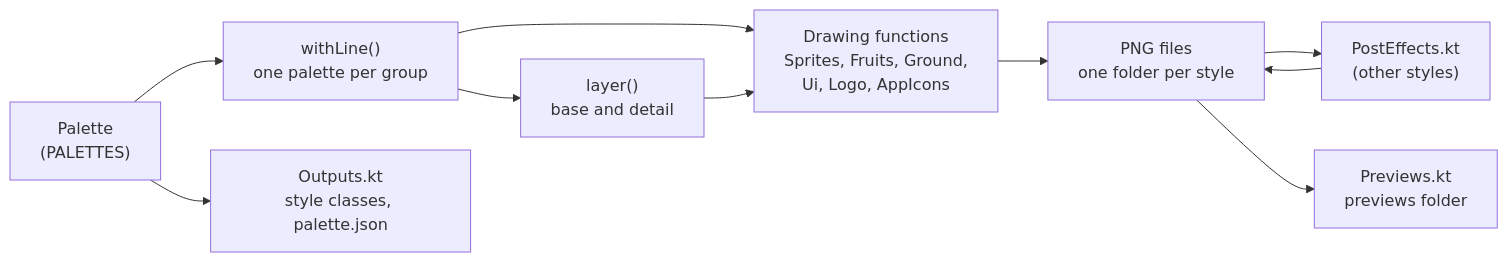
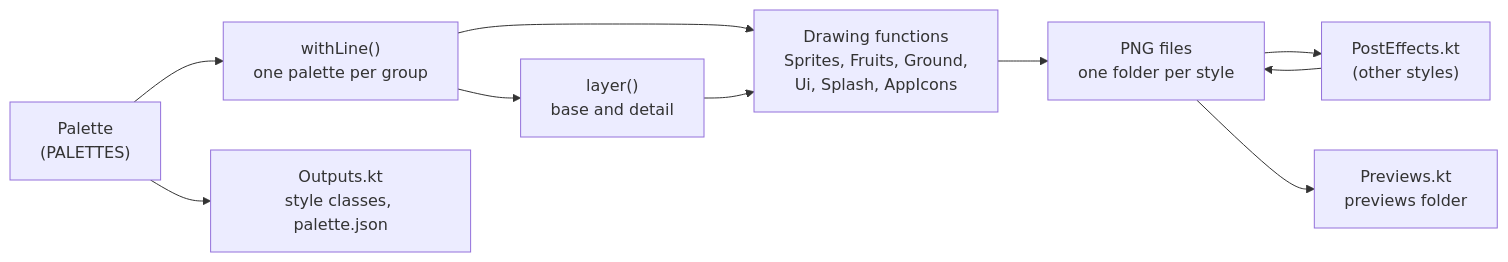
The diagram in tools/style-generator/README.md (ArthurCaron/Snake), drawn with Mermaid before and after one commit. The commit also changed other lines of this file and 14 other files, not shown here.

````diff
--- a/tools/style-generator/README.md
+++ b/tools/style-generator/README.md
@@ -103,12 +103,12 @@
 ```mermaid
 flowchart LR
     P["Palette<br/>(PALETTES)"] --> G["withLine()<br/>one palette per group"]
     G --> L["layer()<br/>base and detail"]
-    G --> D["Drawing functions<br/>Sprites, Fruits, Ground,<br/>Ui, Logo, AppIcons"]
+    G --> D["Drawing functions<br/>Sprites, Fruits, Ground,<br/>Ui, Splash, AppIcons"]
     L --> D
     D --> F["PNG files<br/>one folder per style"]
     P --> K["Outputs.kt<br/>style classes, palette.json"]
     F --> E["PostEffects.kt<br/>(other styles)"]
     E --> F
     F --> V["Previews.kt<br/>previews folder"]
 ```
````
